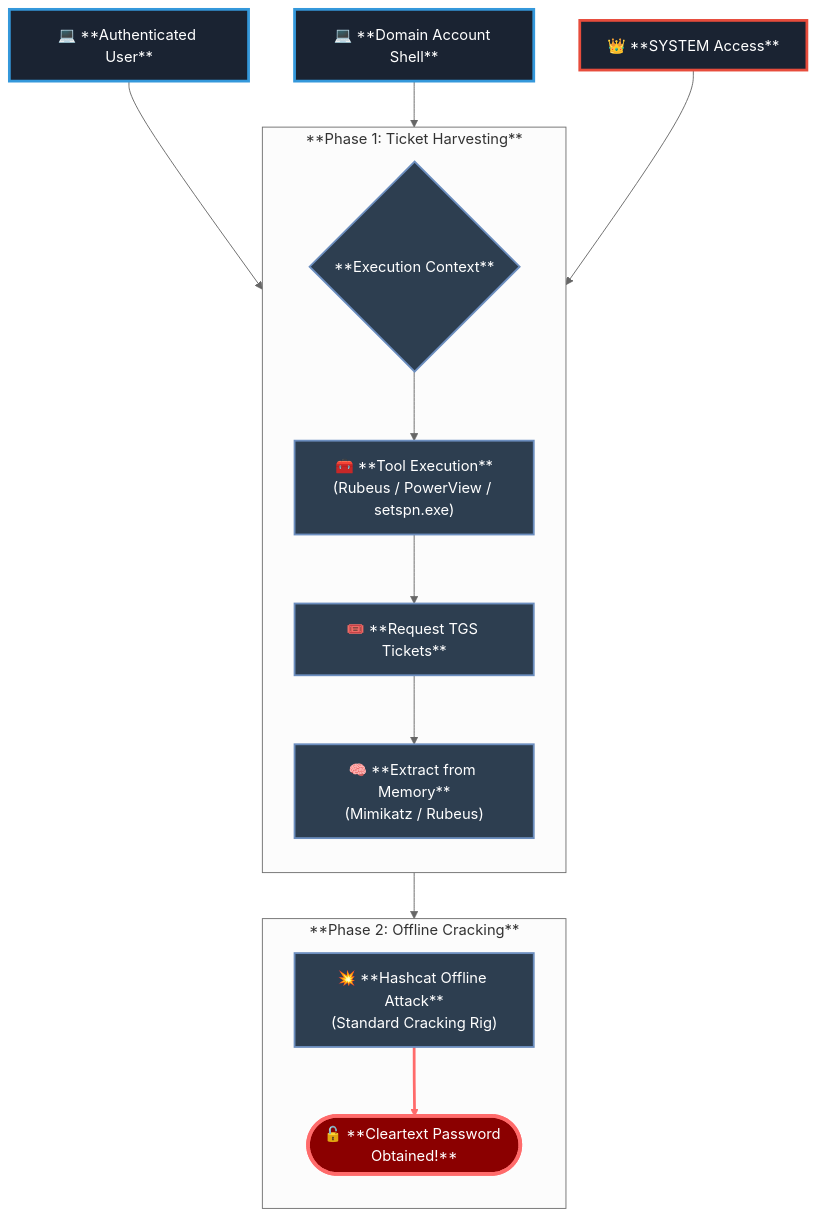
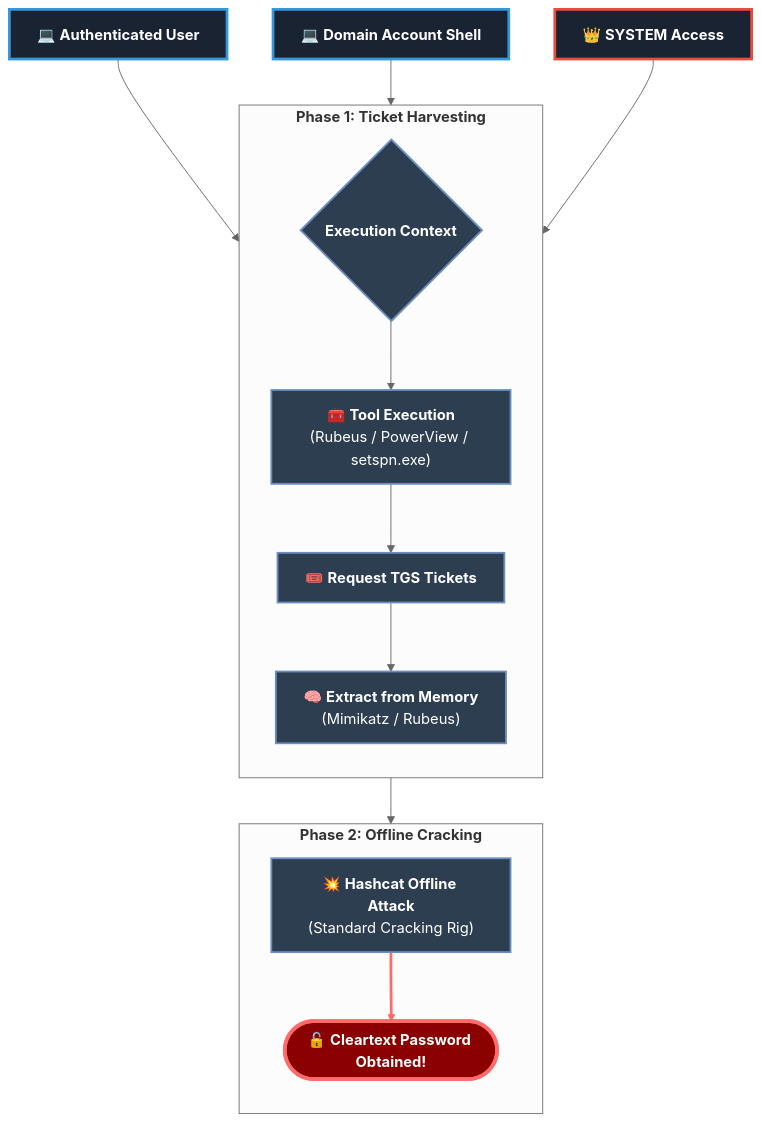
The ninth of 10 diagrams in docs/10-active-directory.md (Roothulhu/Pwnomicon), drawn with Mermaid (neutral theme) before and after one commit. The commit also changed other lines of this file, not shown here.

````diff
--- a/docs/10-active-directory.md
+++ b/docs/10-active-directory.md
@@ -9269,33 +9269,33 @@
 ```mermaid
 flowchart TD
     %% Initial Access
-    A["💻 **Authenticated User**"] --> D{"**Execution Context**"}
-    B["💻 **Domain Account Shell**"] --> D
-    C["👑 **SYSTEM Access**"] --> D
+    A["💻 <b>Authenticated User</b>"] --> D{"<b>Execution Context</b>"}
+    B["💻 <b>Domain Account Shell</b>"] --> D
+    C["👑 <b>SYSTEM Access</b>"] --> D
 
     %% Tooling & Extraction
-    subgraph Extraction ["**Phase 1: Ticket Harvesting**"]
+    subgraph Extraction ["<b>Phase 1: Ticket Harvesting</b>"]
         direction TB
-        D --> E["🧰 **Tool Execution**<br/>(Rubeus / PowerView / setspn.exe)"]
-        E --> F["🎟️ **Request TGS Tickets**"]
-        F --> G["🧠 **Extract from Memory**<br/>(Mimikatz / Rubeus)"]
+        D --> E["🧰 <b>Tool Execution</b><br/>(Rubeus / PowerView / setspn.exe)"]
+        E --> F["🎟️ <b>Request TGS Tickets</b>"]
+        F --> G["🧠 <b>Extract from Memory</b><br/>(Mimikatz / Rubeus)"]
     end
 
     %% Cracking
-    subgraph Cracking ["**Phase 2: Offline Cracking**"]
+    subgraph Cracking ["<b>Phase 2: Offline Cracking</b>"]
         direction TB
-        G --> H["💥 **Hashcat Offline Attack**<br/>(Standard Cracking Rig)"]
-        H --> I(["🔓 **Cleartext Password Obtained!**"])
+        G --> H["💥 <b>Hashcat Offline Attack</b><br/>(Standard Cracking Rig)"]
+        H --> I(["🔓 <b>Cleartext Password Obtained!</b>"])
     end
 
     %% Styling
     style A fill:#1a2332,stroke:#3498db,stroke-width:3px,color:#fff
     style B fill:#1a2332,stroke:#3498db,stroke-width:3px,color:#fff
     style C fill:#1a2332,stroke:#e74c3c,stroke-width:3px,color:#fff
     style I fill:#8b0000,stroke:#ff6b6b,stroke-width:4px,color:#fff
 
     classDef defaultNode fill:#2d3e50,stroke:#6c8ebf,stroke-width:2px,color:#fff;
     class D,E,F,G,H defaultNode;
 
     linkStyle 7 stroke:#ff6b6b,stroke-width:3px
 ```
````
